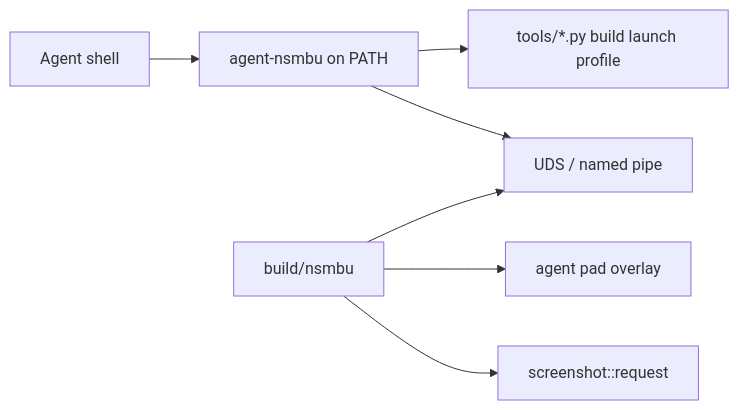
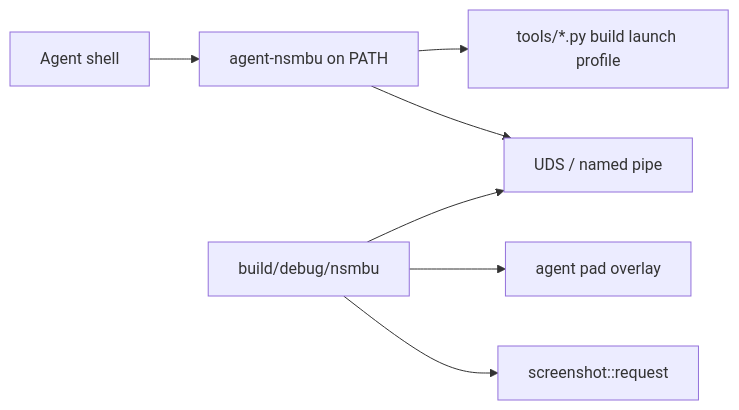
One commit to alayhayali/nsmbu-recomp changed the diagram in docs/cli.md. Above: the diagram before and after it, drawn with Mermaid. The commit also changed 18 other files, not shown here.

Commit message:
Use build/debug and build/release by default and trim hot Vulkan and GX2 register paths.

````diff
--- a/docs/cli.md
+++ b/docs/cli.md
@@ -29,9 +29,9 @@
 ```mermaid
 flowchart LR
   Agent["Agent shell"] --> CLI["agent-nsmbu on PATH"]
   CLI --> Tools["tools/*.py build launch profile"]
   CLI --> Sock["UDS / named pipe"]
-  Game["build/nsmbu"] --> Sock
+  Game["build/debug/nsmbu"] --> Sock
   Game --> Input["agent pad overlay"]
   Game --> Shot["screenshot::request"]
 ```
````
